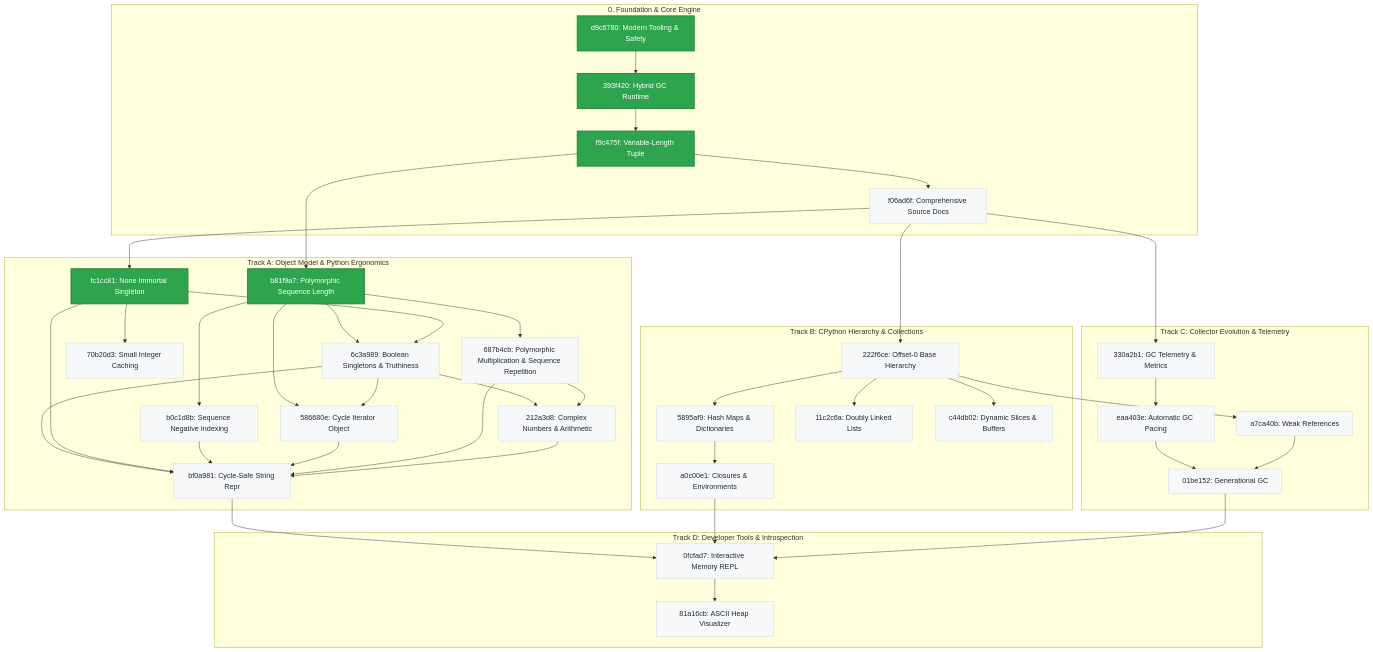
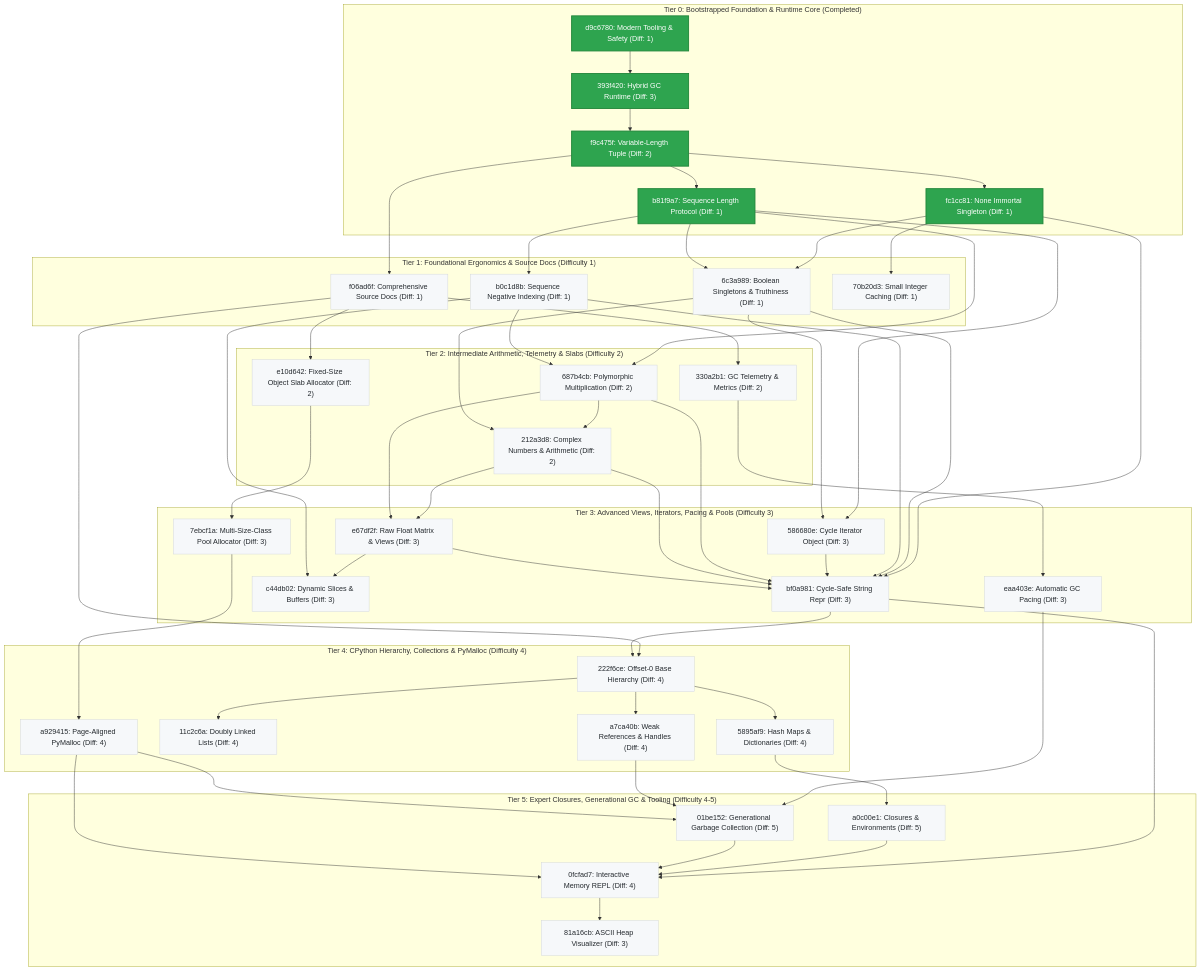
Before and after one commit to bwrob/trash-gather: the diagram in roadmap/README.md, drawn with Mermaid. The commit also changed other lines of this file and 33 other files, not shown here.

Commit message:
feat(roadmap): unify DAG into progressive difficulty tiers and add matrix & allocator milestones

````diff
--- a/roadmap/README.md
+++ b/roadmap/README.md
@@ -16,81 +16,100 @@
   classDef inProgress fill:#d9a826,stroke:#b08800,color:#ffffff,stroke-width:2px;
   classDef planned fill:#f6f8fa,stroke:#d1d5da,color:#24292e,stroke-width:1px;
 
-  subgraph Phase0 ["0. Foundation & Core Engine"]
-    m_tooling["d9c6780: Modern Tooling & Safety"]:::completed
-    m_hybrid["393f420: Hybrid GC Runtime"]:::completed
-    m_tuple["f9c475f: Variable-Length Tuple"]:::completed
-    m_doc["f06ad6f: Comprehensive Source Docs"]:::planned
+  subgraph Tier0 ["Tier 0: Bootstrapped Foundation & Runtime Core (Completed)"]
+    m_tooling["d9c6780: Modern Tooling & Safety (Diff: 1)"]:::completed
+    m_hybrid["393f420: Hybrid GC Runtime (Diff: 3)"]:::completed
+    m_tuple["f9c475f: Variable-Length Tuple (Diff: 2)"]:::completed
+    m_seqlen["b81f9a7: Sequence Length Protocol (Diff: 1)"]:::completed
+    m_none["fc1cc81: None Immortal Singleton (Diff: 1)"]:::completed
   end
 
-  subgraph TrackA ["Track A: Object Model & Python Ergonomics"]
-    m_seqlen["b81f9a7: Polymorphic Sequence Length"]:::completed
-    m_negidx["b0c1d8b: Sequence Negative Indexing"]:::planned
-    m_none["fc1cc81: None Immortal Singleton"]:::completed
-    m_bool["6c3a989: Boolean Singletons & Truthiness"]:::planned
-    m_smallint["70b20d3: Small Integer Caching"]:::planned
-    m_mul["687b4cb: Polymorphic Multiplication & Sequence Repetition"]:::planned
-    m_complex["212a3d8: Complex Numbers & Arithmetic"]:::planned
-    m_cycle_iter["586680e: Cycle Iterator Object"]:::planned
-    m_repr["bf0a981: Cycle-Safe String Repr"]:::planned
+  subgraph Tier1 ["Tier 1: Foundational Ergonomics & Source Docs (Difficulty 1)"]
+    m_doc["f06ad6f: Comprehensive Source Docs (Diff: 1)"]:::planned
+    m_negidx["b0c1d8b: Sequence Negative Indexing (Diff: 1)"]:::planned
+    m_bool["6c3a989: Boolean Singletons & Truthiness (Diff: 1)"]:::planned
+    m_smallint["70b20d3: Small Integer Caching (Diff: 1)"]:::planned
   end
 
-  subgraph TrackB ["Track B: CPython Hierarchy & Collections"]
-    m_offset0["222f6ce: Offset-0 Base Hierarchy"]:::planned
-    m_dict["5895af9: Hash Maps & Dictionaries"]:::planned
-    m_dll["11c2c6a: Doubly Linked Lists"]:::planned
-    m_slice["c44db02: Dynamic Slices & Buffers"]:::planned
-    m_closure["a0c00e1: Closures & Environments"]:::planned
+  subgraph Tier2 ["Tier 2: Intermediate Arithmetic, Telemetry & Slabs (Difficulty 2)"]
+    m_mul["687b4cb: Polymorphic Multiplication (Diff: 2)"]:::planned
+    m_complex["212a3d8: Complex Numbers & Arithmetic (Diff: 2)"]:::planned
+    m_telem["330a2b1: GC Telemetry & Metrics (Diff: 2)"]:::planned
+    m_slab["e10d642: Fixed-Size Object Slab Allocator (Diff: 2)"]:::planned
   end
 
-  subgraph TrackC ["Track C: Collector Evolution & Telemetry"]
-    m_telem["330a2b1: GC Telemetry & Metrics"]:::planned
-    m_pacing["eaa403e: Automatic GC Pacing"]:::planned
-    m_weakref["a7ca40b: Weak References"]:::planned
-    m_gen["01be152: Generational GC"]:::planned
+  subgraph Tier3 ["Tier 3: Advanced Views, Iterators, Pacing & Pools (Difficulty 3)"]
+    m_matrix["e67df2f: Raw Float Matrix & Views (Diff: 3)"]:::planned
+    m_cycle_iter["586680e: Cycle Iterator Object (Diff: 3)"]:::planned
+    m_pacing["eaa403e: Automatic GC Pacing (Diff: 3)"]:::planned
+    m_pool["7ebcf1a: Multi-Size-Class Pool Allocator (Diff: 3)"]:::planned
+    m_slice["c44db02: Dynamic Slices & Buffers (Diff: 3)"]:::planned
+    m_repr["bf0a981: Cycle-Safe String Repr (Diff: 3)"]:::planned
   end
 
-  subgraph TrackD ["Track D: Developer Tools & Introspection"]
-    m_repl["0fcfad7: Interactive Memory REPL"]:::planned
-    m_viz["81a16cb: ASCII Heap Visualizer"]:::planned
+  subgraph Tier4 ["Tier 4: CPython Hierarchy, Collections & PyMalloc (Difficulty 4)"]
+    m_offset0["222f6ce: Offset-0 Base Hierarchy (Diff: 4)"]:::planned
+    m_dict["5895af9: Hash Maps & Dictionaries (Diff: 4)"]:::planned
+    m_dll["11c2c6a: Doubly Linked Lists (Diff: 4)"]:::planned
+    m_weakref["a7ca40b: Weak References & Handles (Diff: 4)"]:::planned
+    m_pymalloc["a929415: Page-Aligned PyMalloc (Diff: 4)"]:::planned
+  end
+
+  subgraph Tier5 ["Tier 5: Expert Closures, Generational GC & Tooling (Difficulty 4-5)"]
+    m_closure["a0c00e1: Closures & Environments (Diff: 5)"]:::planned
+    m_gen["01be152: Generational Garbage Collection (Diff: 5)"]:::planned
+    m_repl["0fcfad7: Interactive Memory REPL (Diff: 4)"]:::planned
+    m_viz["81a16cb: ASCII Heap Visualizer (Diff: 3)"]:::planned
   end
 
   m_tooling --> m_hybrid
   m_hybrid --> m_tuple
+  m_tuple --> m_seqlen
+  m_tuple --> m_none
   m_tuple --> m_doc
 
-  m_tuple --> m_seqlen
   m_seqlen --> m_negidx
+  m_none --> m_bool
   m_seqlen --> m_bool
+  m_none --> m_smallint
+
   m_seqlen --> m_mul
-  m_doc --> m_none
-  m_none --> m_bool
-  m_none --> m_smallint
+  m_negidx --> m_mul
+  m_mul --> m_complex
+  m_bool --> m_complex
+  m_doc --> m_telem
+  m_doc --> m_slab
+
+  m_complex --> m_matrix
+  m_mul --> m_matrix
   m_seqlen --> m_cycle_iter
   m_bool --> m_cycle_iter
-  m_bool --> m_complex
-  m_mul --> m_complex
+  m_telem --> m_pacing
+  m_slab --> m_pool
+  m_matrix --> m_slice
+  m_negidx --> m_slice
+  m_none --> m_repr
   m_bool --> m_repr
-  m_none --> m_repr
   m_negidx --> m_repr
   m_cycle_iter --> m_repr
   m_mul --> m_repr
   m_complex --> m_repr
+  m_matrix --> m_repr
 
   m_doc --> m_offset0
+  m_repr --> m_offset0
   m_offset0 --> m_dict
   m_offset0 --> m_dll
-  m_offset0 --> m_slice
+  m_offset0 --> m_weakref
+  m_pool --> m_pymalloc
+
   m_dict --> m_closure
-
-  m_doc --> m_telem
-  m_telem --> m_pacing
-  m_offset0 --> m_weakref
   m_pacing --> m_gen
   m_weakref --> m_gen
-
+  m_pymalloc --> m_gen
   m_repr --> m_repl
   m_closure --> m_repl
   m_gen --> m_repl
+  m_pymalloc --> m_repl
   m_repl --> m_viz
 ```
````
